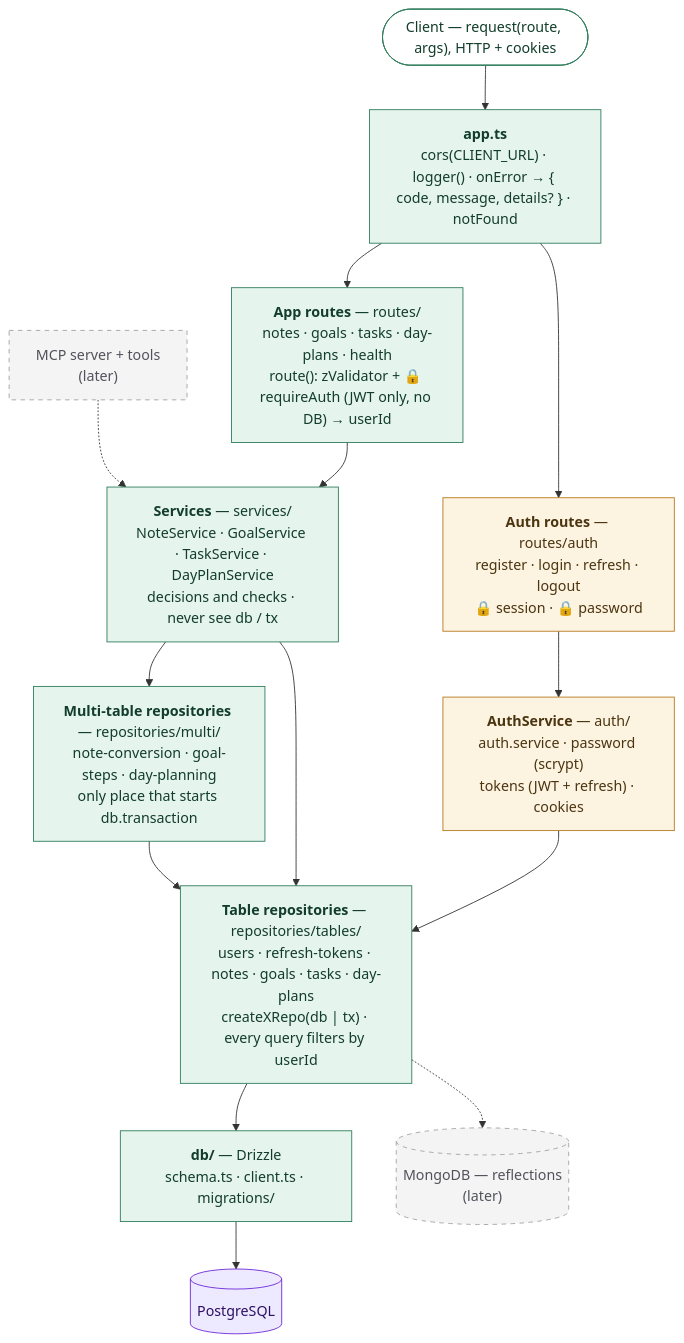
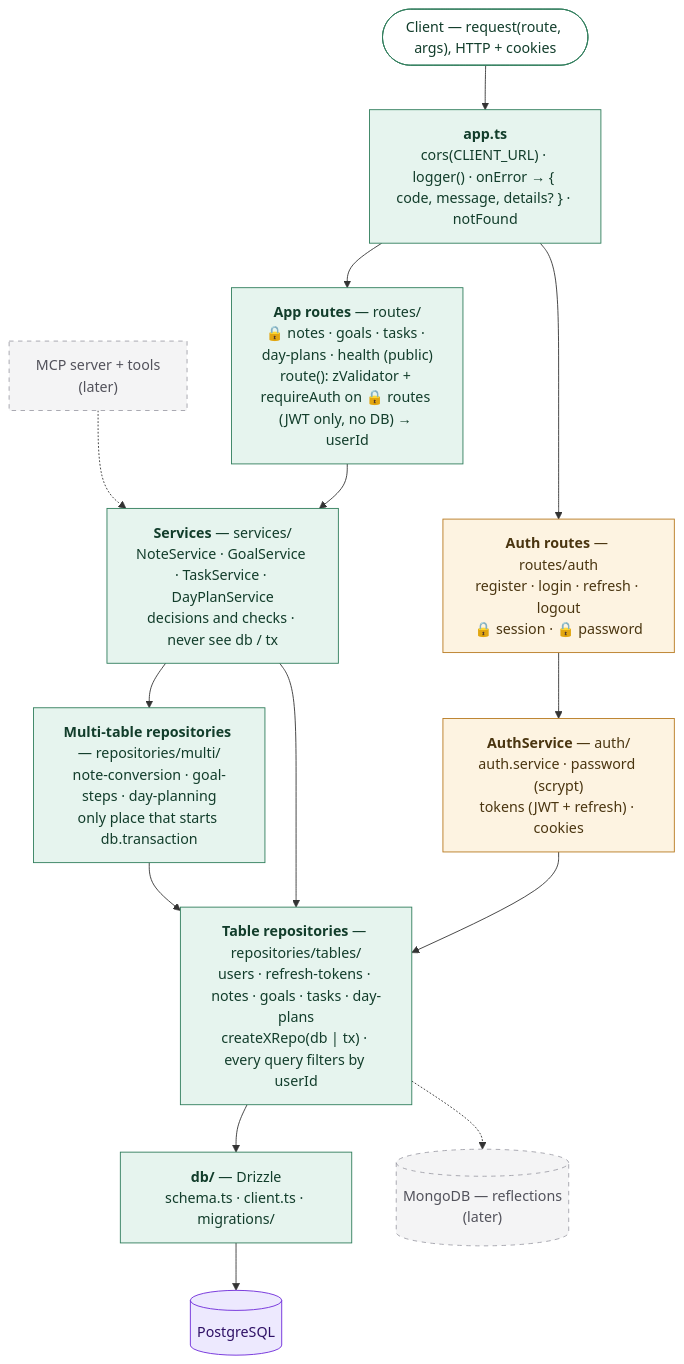
The diagram in docs/design/diagrams/backend-layers.mmd (VladyslavSpasibozhko/kurs), drawn with Mermaid before and after one commit. The commit also changed 9 other files, not shown here.

```diff
--- a/docs/design/diagrams/backend-layers.mmd
+++ b/docs/design/diagrams/backend-layers.mmd
@@ -1,43 +1,43 @@
 flowchart TB
   client(["Client — request(route, args), HTTP + cookies"])
   mcp["MCP server + tools<br/>(later)"]
 
   app["<b>app.ts</b><br/>cors(CLIENT_URL) · logger() · onError → { code, message, details? } · notFound"]
 
-  appRoutes["<b>App routes</b> — routes/<br/>notes · goals · tasks · day-plans · health<br/>route(): zValidator + 🔒 requireAuth (JWT only, no DB) → userId"]
+  appRoutes["<b>App routes</b> — routes/<br/>🔒 notes · goals · tasks · day-plans · health (public)<br/>route(): zValidator + requireAuth on 🔒 routes (JWT only, no DB) → userId"]
   authRoutes["<b>Auth routes</b> — routes/auth<br/>register · login · refresh · logout<br/>🔒 session · 🔒 password"]
 
   services["<b>Services</b> — services/<br/>NoteService · GoalService · TaskService · DayPlanService<br/>decisions and checks · never see db / tx"]
   authService["<b>AuthService</b> — auth/<br/>auth.service · password (scrypt)<br/>tokens (JWT + refresh) · cookies"]
 
   multi["<b>Multi-table repositories</b> — repositories/multi/<br/>note-conversion · goal-steps · day-planning<br/>only place that starts db.transaction"]
   tables["<b>Table repositories</b> — repositories/tables/<br/>users · refresh-tokens · notes · goals · tasks · day-plans<br/>createXRepo(db | tx) · every query filters by userId"]
 
   db["<b>db/</b> — Drizzle<br/>schema.ts · client.ts · migrations/"]
   pg[("PostgreSQL")]
   mongo[("MongoDB — reflections<br/>(later)")]
 
   client --> app
   app --> appRoutes
   app --> authRoutes
   appRoutes --> services
   authRoutes --> authService
   mcp -.-> services
   services --> multi
   services --> tables
   authService --> tables
   multi --> tables
   tables --> db
   db --> pg
   tables -.-> mongo
 
   classDef layer fill:#e6f4ee,stroke:#2f7d5b,color:#123d2b;
   classDef auth fill:#fdf3e1,stroke:#b7791f,color:#4a3510;
   classDef store fill:#ede9fe,stroke:#6d28d9,color:#2e1065;
   classDef later fill:#f4f4f5,stroke:#a1a1aa,color:#52525b,stroke-dasharray: 5 5;
   classDef edge fill:#ffffff,stroke:#2f7d5b,color:#123d2b;
   class app,appRoutes,services,multi,tables,db layer;
   class authRoutes,authService auth;
   class pg store;
   class mcp,mongo later;
   class client edge;
```
